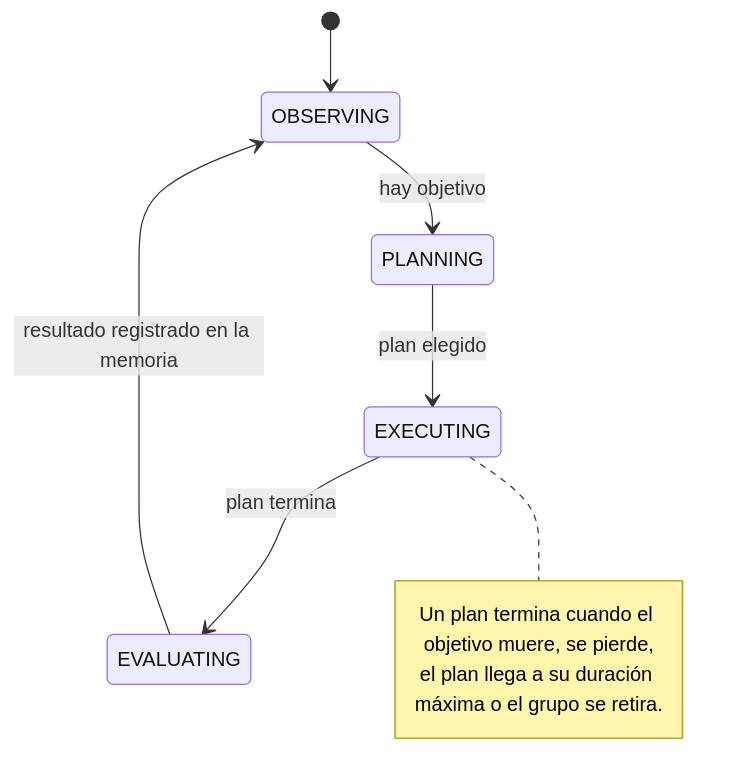
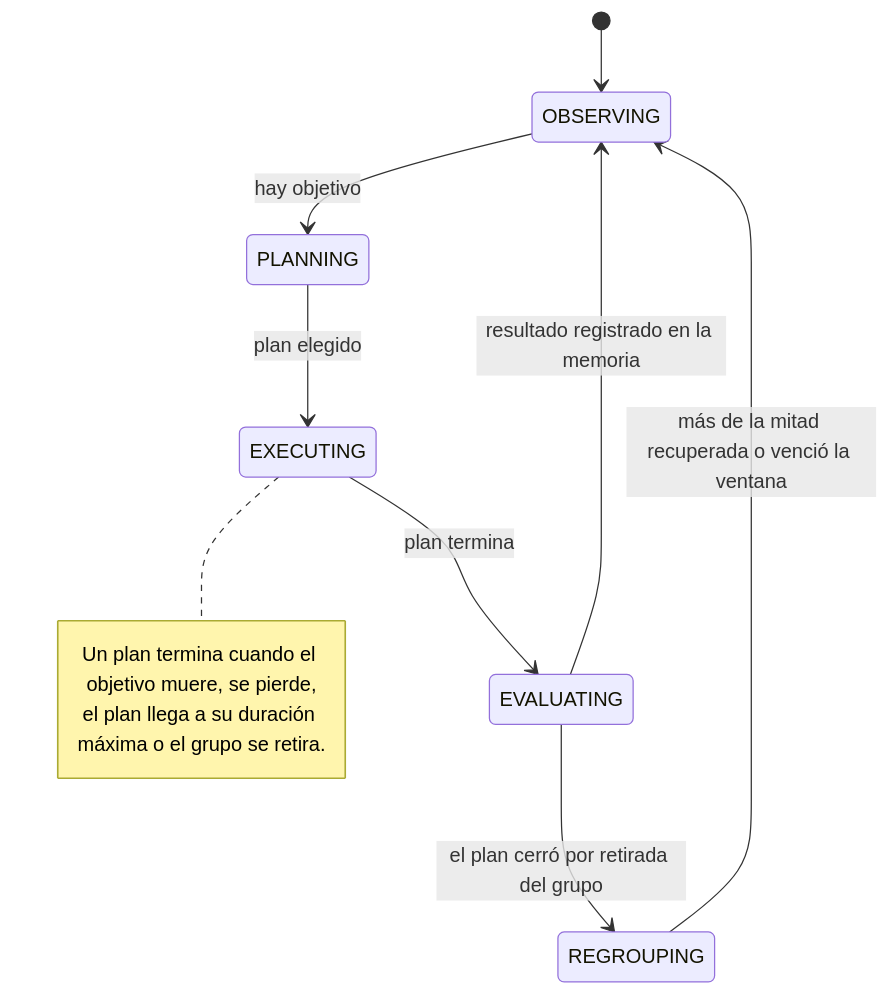
The third of 4 diagrams in docs/diagramas.md (Nicodoou/mob-ai-plugin), drawn with Mermaid before and after one commit. The commit also changed 8 other files, not shown here.

````diff
--- a/docs/diagramas.md
+++ b/docs/diagramas.md
@@ -45,12 +45,14 @@
 ```mermaid
 stateDiagram-v2
     [*] --> OBSERVING
     OBSERVING --> PLANNING: hay objetivo
     PLANNING --> EXECUTING: plan elegido
     EXECUTING --> EVALUATING: plan termina
     EVALUATING --> OBSERVING: resultado registrado en la memoria
+    EVALUATING --> REGROUPING: el plan cerró por retirada del grupo
+    REGROUPING --> OBSERVING: más de la mitad recuperada o venció la ventana
     note right of EXECUTING
         Un plan termina cuando el objetivo muere, se pierde,
         el plan llega a su duración máxima o el grupo se retira.
     end note
 ```
````
